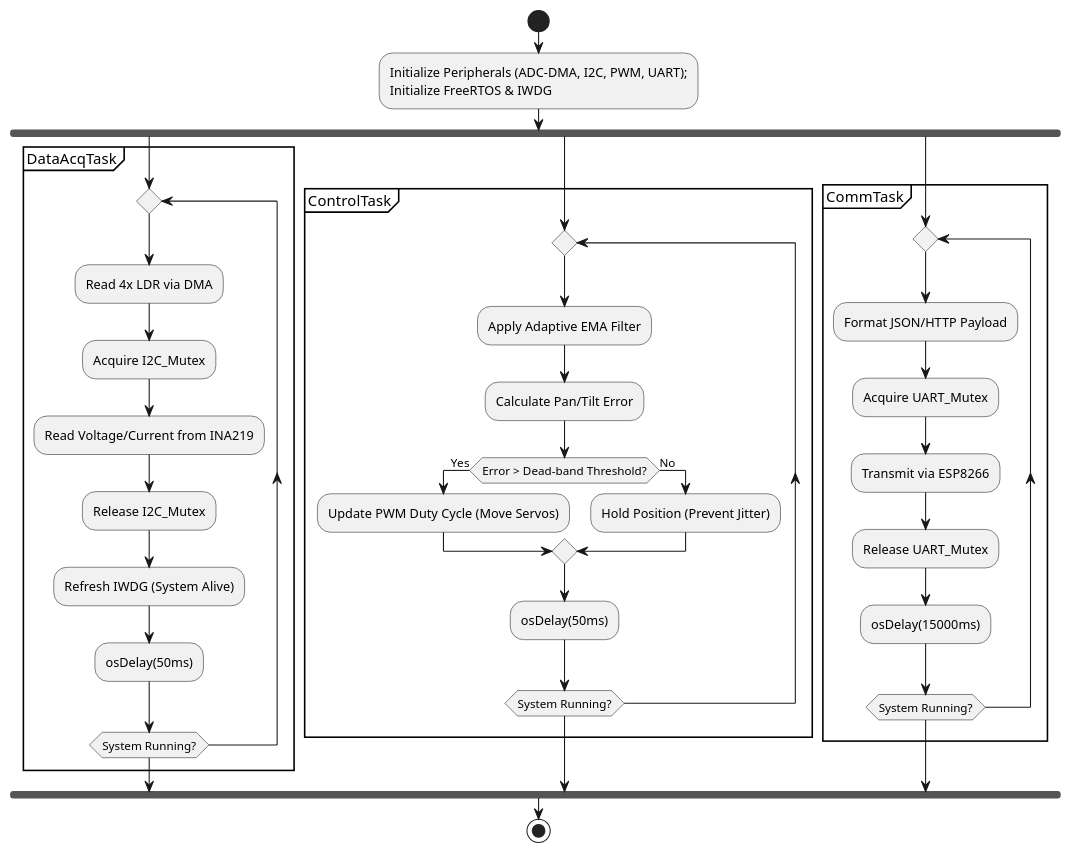
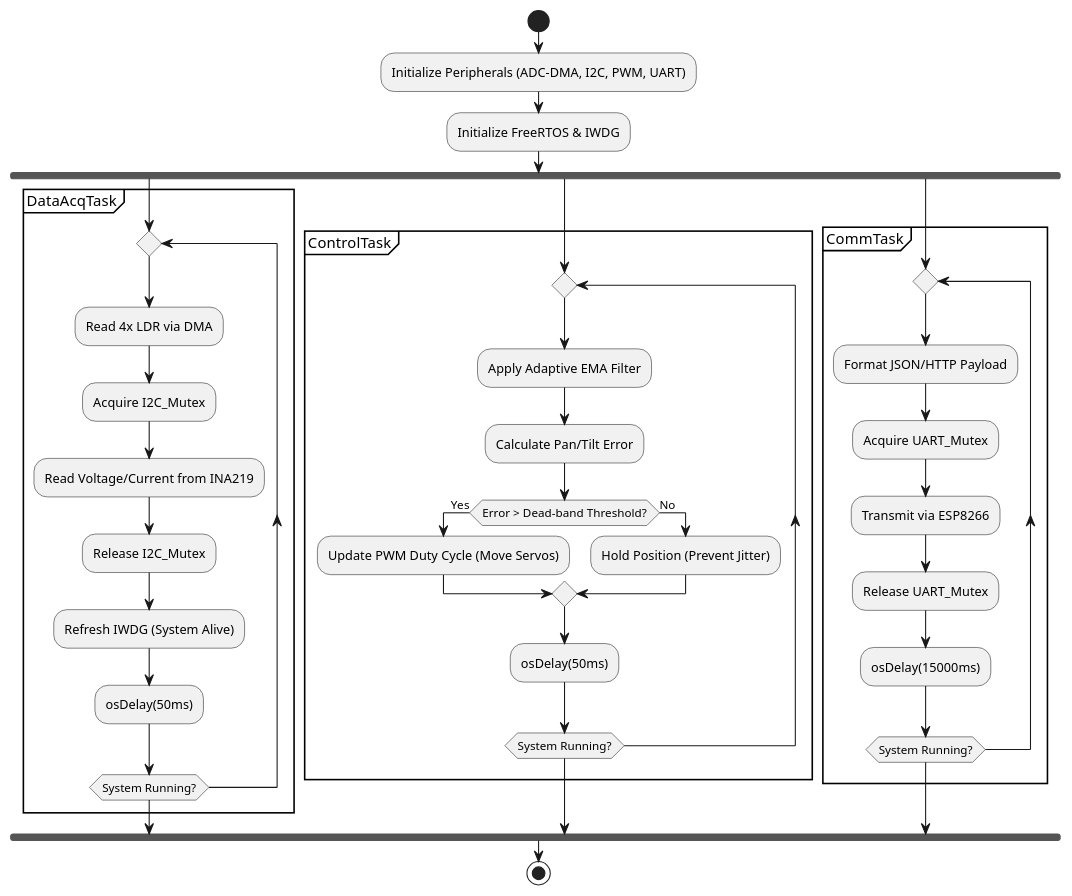
Before and after one commit to ozgeozler93/STM32F410_PhD_Projects: the second of 2 diagrams in Final Projects Progress Report 2/ele529e_projectprogressreport_template.md, drawn with PlantUML. The commit also changed other lines of this file and 2 other files, not shown here.

````diff
--- a/Final Projects Progress Report 2/ele529e_projectprogressreport_template.md
+++ b/Final Projects Progress Report 2/ele529e_projectprogressreport_template.md
@@ -95,42 +96,43 @@
 ```plantuml
 @startuml
 start
-:Initialize Peripherals (ADC-DMA, I2C, PWM, UART);\nInitialize FreeRTOS & IWDG;
+:Initialize Peripherals (ADC-DMA, I2C, PWM, UART);
+:Initialize FreeRTOS & IWDG;
 fork
   partition DataAcqTask {
     repeat
       :Read 4x LDR via DMA;
       :Acquire I2C_Mutex;
       :Read Voltage/Current from INA219;
       :Release I2C_Mutex;
       :Refresh IWDG (System Alive);
       :osDelay(50ms);
     repeat while (System Running?)
   }
 fork again
   partition ControlTask {
     repeat
       :Apply Adaptive EMA Filter;
       :Calculate Pan/Tilt Error;
       if (Error > Dead-band Threshold?) then (Yes)
         :Update PWM Duty Cycle (Move Servos);
       else (No)
         :Hold Position (Prevent Jitter);
       endif
       :osDelay(50ms);
     repeat while (System Running?)
   }
 fork again
   partition CommTask {
     repeat
       :Format JSON/HTTP Payload;
       :Acquire UART_Mutex;
       :Transmit via ESP8266;
       :Release UART_Mutex;
       :osDelay(15000ms);
     repeat while (System Running?)
   }
 end fork
 stop
 @enduml
 ```
````
